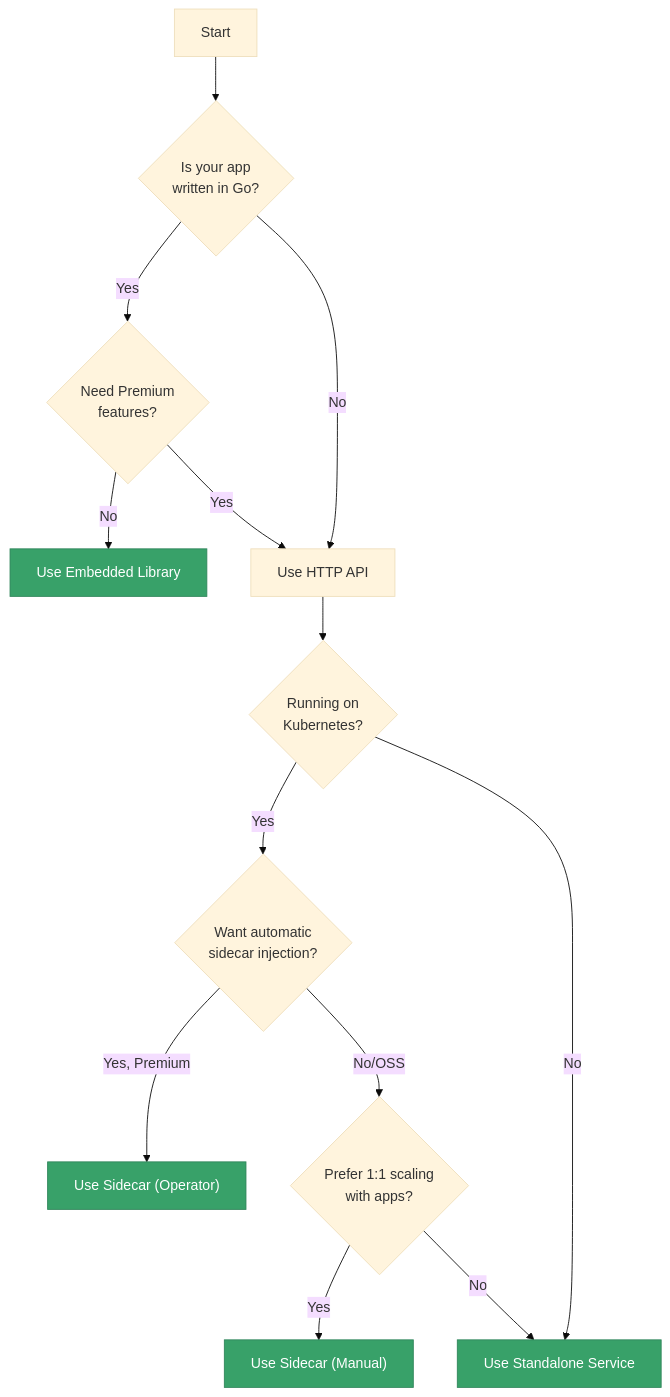
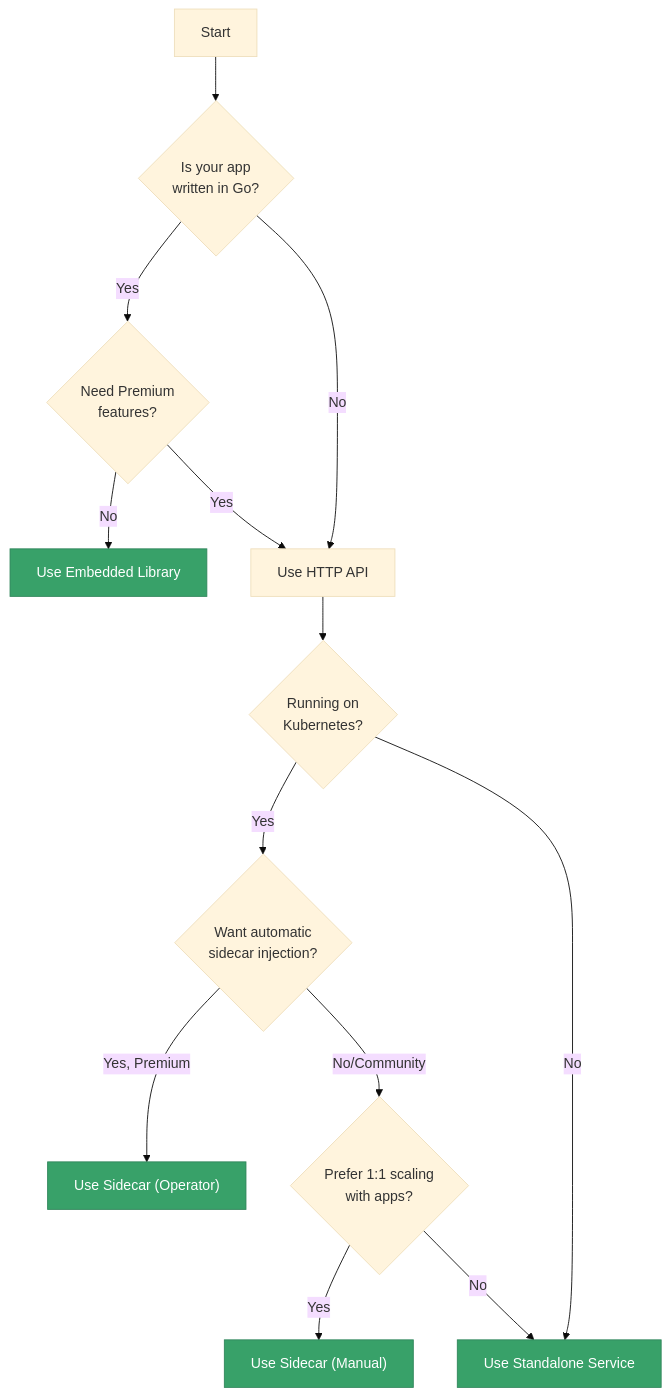
One commit to manetu/policyengine changed the fifth of 5 diagrams in docs/docs/deployment/architecture.md. Above: the diagram before and after it, drawn with Mermaid (base theme). The commit also changed other lines of this file and 16 other files, not shown here.

Commit message:
Rebrand OSS to Community Edition

````diff
--- a/docs/docs/deployment/architecture.md
+++ b/docs/docs/deployment/architecture.md
@@ -381,24 +381,24 @@
 ```mermaid
 flowchart TD
     Start["Start"] --> GoApp{"Is your app<br/>written in Go?"}
     GoApp -->|Yes| NeedPremium{"Need Premium<br/>features?"}
     GoApp -->|No| UseHTTP["Use HTTP API"]
 
     NeedPremium -->|No| Embedded["Use Embedded Library"]
     NeedPremium -->|Yes| UseHTTP
 
     UseHTTP --> K8s{"Running on<br/>Kubernetes?"}
     K8s -->|Yes| WantAuto{"Want automatic<br/>sidecar injection?"}
     K8s -->|No| Standalone["Use Standalone Service"]
 
     WantAuto -->|Yes, Premium| Sidecar["Use Sidecar (Operator)"]
-    WantAuto -->|No/OSS| ManualChoice{"Prefer 1:1 scaling<br/>with apps?"}
+    WantAuto -->|No/Community| ManualChoice{"Prefer 1:1 scaling<br/>with apps?"}
 
     ManualChoice -->|Yes| SidecarManual["Use Sidecar (Manual)"]
     ManualChoice -->|No| Standalone
 
     style Embedded fill:#38a169,stroke:#2f855a,color:#fff
     style Sidecar fill:#38a169,stroke:#2f855a,color:#fff
     style SidecarManual fill:#38a169,stroke:#2f855a,color:#fff
     style Standalone fill:#38a169,stroke:#2f855a,color:#fff
 ```
````
